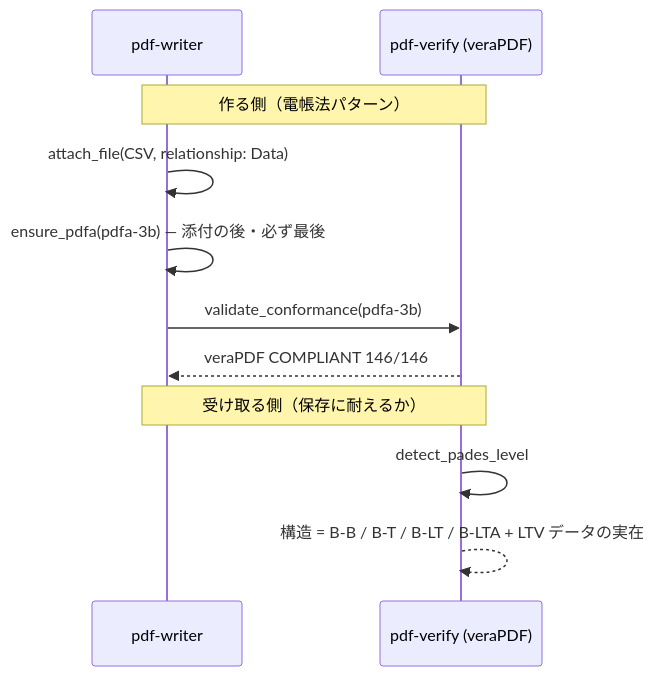
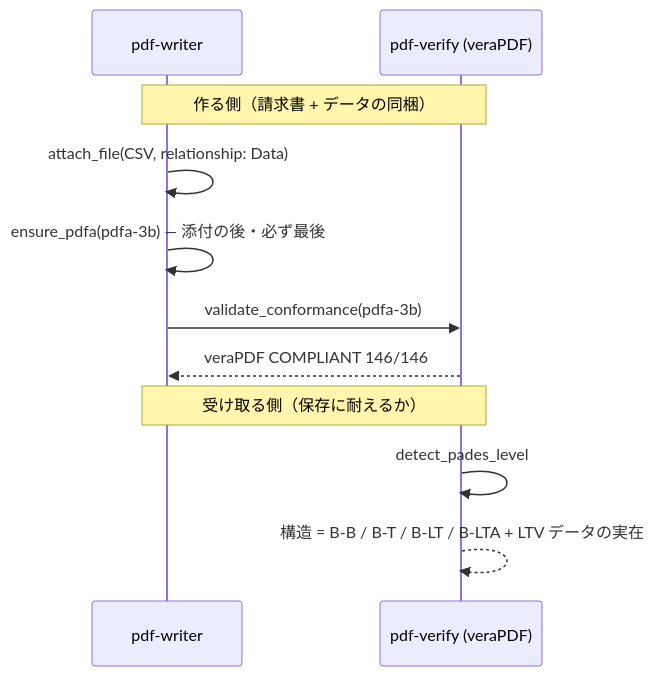
The diagram in site/docs/ja/use-cases/pdfa-archive.md (shuji-bonji/pdf-agent-stack), drawn with Mermaid before and after one commit. The commit also changed other lines of this file and 8 other files, not shown here.

````diff
--- a/site/docs/ja/use-cases/pdfa-archive.md
+++ b/site/docs/ja/use-cases/pdfa-archive.md
@@ -25,15 +25,15 @@
 ```mermaid
 sequenceDiagram
   participant W as pdf-writer
   participant V as pdf-verify (veraPDF)
 
-  Note over W,V: 作る側（電帳法パターン）
+  Note over W,V: 作る側（請求書 + データの同梱）
   W->>W: attach_file(CSV, relationship: Data)
   W->>W: ensure_pdfa(pdfa-3b) — 添付の後・必ず最後
   W->>V: validate_conformance(pdfa-3b)
   V-->>W: veraPDF COMPLIANT 146/146
 
   Note over W,V: 受け取る側（保存に耐えるか）
   V->>V: detect_pades_level
   V-->>V: 構造 = B-B / B-T / B-LT / B-LTA + LTV データの実在
 ```
````
